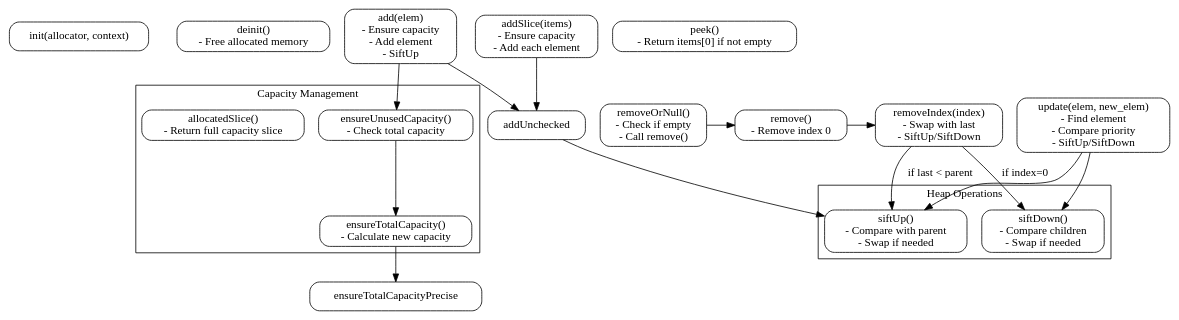
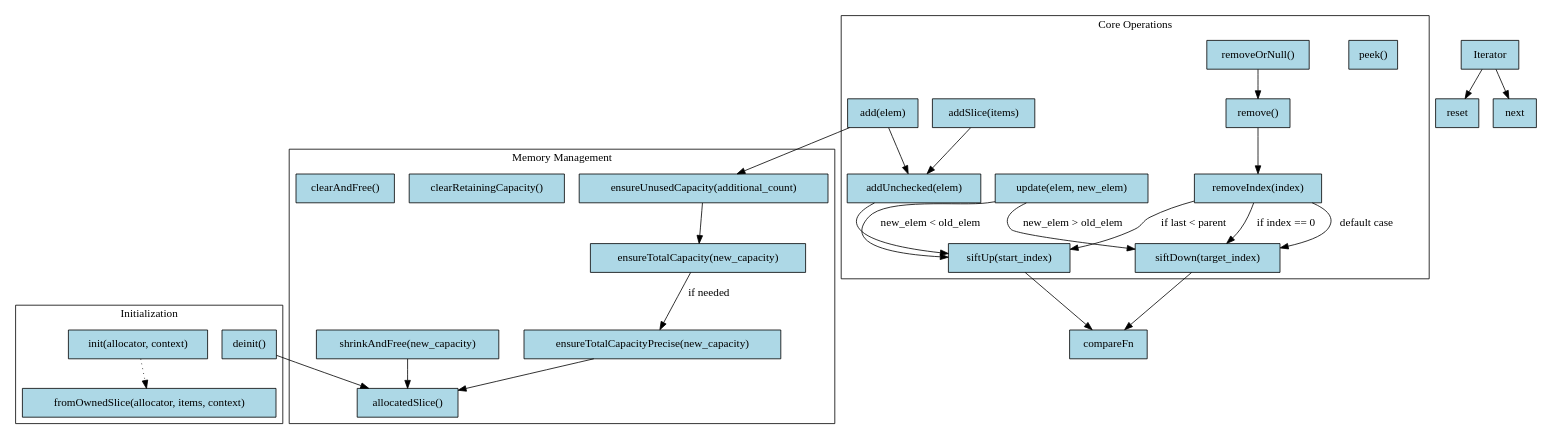
Before and after one commit to sdzx-1/deepseek-zig-reader: the diagram in dot_std/priority_queue.zig.PriorityQueue.md, drawn with Graphviz. The commit also changed other lines of this file and 236 other files, not shown here.

````diff
--- a/dot_std/priority_queue.zig.PriorityQueue.md
+++ b/dot_std/priority_queue.zig.PriorityQueue.md
@@ -17,51 +19,99 @@
 ```dot
-digraph PriorityQueueFlow {
-    rankdir=TB;
-    node [shape=rectangle, style=rounded];
+digraph PriorityQueue {
+    node [shape=rectangle, style=filled, fillcolor=lightblue];
 
-    // Main functions
+    // Initialization and Deinitialization
     init [label="init(allocator, context)"];
-    deinit [label="deinit()\n- Free allocated memory"];
-    add [label="add(elem)\n- Ensure capacity\n- Add element\n- SiftUp"];
-    addSlice [label="addSlice(items)\n- Ensure capacity\n- Add each element"];
-    peek [label="peek()\n- Return items[0] if not empty"];
-    removeOrNull [label="removeOrNull()\n- Check if empty\n- Call remove()"];
-    remove [label="remove()\n- Remove index 0"];
-    removeIndex [label="removeIndex(index)\n- Swap with last\n- SiftUp/SiftDown"];
-    update [label="update(elem, new_elem)\n- Find element\n- Compare priority\n- SiftUp/SiftDown"];
+    deinit [label="deinit()"];
+    fromOwnedSlice [label="fromOwnedSlice(allocator, items, context)"];
 
-    // Internal functions
-    ensureUnusedCapacity [label="ensureUnusedCapacity()\n- Check total capacity"];
-    ensureTotalCapacity [label="ensureTotalCapacity()\n- Calculate new capacity"];
-    siftUp [label="siftUp()\n- Compare with parent\n- Swap if needed"];
-    siftDown [label="siftDown()\n- Compare children\n- Swap if needed"];
-    allocatedSlice [label="allocatedSlice()\n- Return full capacity slice"];
+    // Capacity Management
+    ensureTotalCapacity [label="ensureTotalCapacity(new_capacity)"];
+    ensureTotalCapacityPrecise [label="ensureTotalCapacityPrecise(new_capacity)"];
+    ensureUnusedCapacity [label="ensureUnusedCapacity(additional_count)"];
+    shrinkAndFree [label="shrinkAndFree(new_capacity)"];
+    clearRetainingCapacity [label="clearRetainingCapacity()"];
+    clearAndFree [label="clearAndFree()"];
+
+    // Core Operations
+    add [label="add(elem)"];
+    addUnchecked [label="addUnchecked(elem)"];
+    siftUp [label="siftUp(start_index)"];
+    addSlice [label="addSlice(items)"];
+    peek [label="peek()"];
+    removeOrNull [label="removeOrNull()"];
+    remove [label="remove()"];
+    removeIndex [label="removeIndex(index)"];
+    siftDown [label="siftDown(target_index)"];
+    update [label="update(elem, new_elem)"];
+
+    // Helper Functions
+    allocatedSlice [label="allocatedSlice()"];
+    Iterator [label="Iterator"];
 
     // Relationships
-    init -> deinit [style=invis];
-    add -> ensureUnusedCapacity -> ensureTotalCapacity;
-    add -> addUnchecked -> siftUp;
+    init -> fromOwnedSlice [style=dotted];
+    deinit -> allocatedSlice;
+
+    add -> ensureUnusedCapacity;
+    ensureUnusedCapacity -> ensureTotalCapacity;
+    ensureTotalCapacity -> ensureTotalCapacityPrecise [label="if needed"];
+    add -> addUnchecked;
+    addUnchecked -> siftUp;
     addSlice -> addUnchecked;
-    removeOrNull -> remove -> removeIndex;
-    removeIndex -> siftDown [label="if index=0"];
+
+    removeOrNull -> remove;
+    remove -> removeIndex;
+    removeIndex -> siftDown [label="if index == 0"];
     removeIndex -> siftUp [label="if last < parent"];
-    update -> siftUp, siftDown;
-    ensureTotalCapacity -> ensureTotalCapacityPrecise;
+    removeIndex -> siftDown [label="default case"];
+
+    update -> siftUp [label="new_elem < old_elem"];
+    update -> siftDown [label="new_elem > old_elem"];
+
+    // Memory Management
+    ensureTotalCapacityPrecise -> allocatedSlice;
+    shrinkAndFree -> allocatedSlice;
+
+    // Subroutines
+    siftUp -> compareFn;
+    siftDown -> compareFn;
+
+    // Iterator
+    Iterator -> next;
+    Iterator -> reset;
 
     // Grouping
-    subgraph cluster_heap_ops {
-        label="Heap Operations";
-        siftUp; siftDown;
+    subgraph cluster_memory {
+        label="Memory Management";
+        ensureTotalCapacity;
+        ensureTotalCapacityPrecise;
+        ensureUnusedCapacity;
+        shrinkAndFree;
+        clearRetainingCapacity;
+        clearAndFree;
+        allocatedSlice;
     }
 
-    subgraph cluster_capacity {
-        label="Capacity Management";
-        ensureUnusedCapacity; ensureTotalCapacity; allocatedSlice;
+    subgraph cluster_core {
+        label="Core Operations";
+        add;
+        addUnchecked;
+        siftUp;
+        addSlice;
+        peek;
+        removeOrNull;
+        remove;
+        removeIndex;
+        siftDown;
+        update;
     }
 
-    // Invisible edges for layout
-    {rank=same; init; deinit}
-    {rank=same; add; addSlice}
-    {rank=same; removeOrNull; remove; removeIndex}
+    subgraph cluster_init {
+        label="Initialization";
+        init;
+        fromOwnedSlice;
+        deinit;
+    }
 }
-```
+``` 
````
